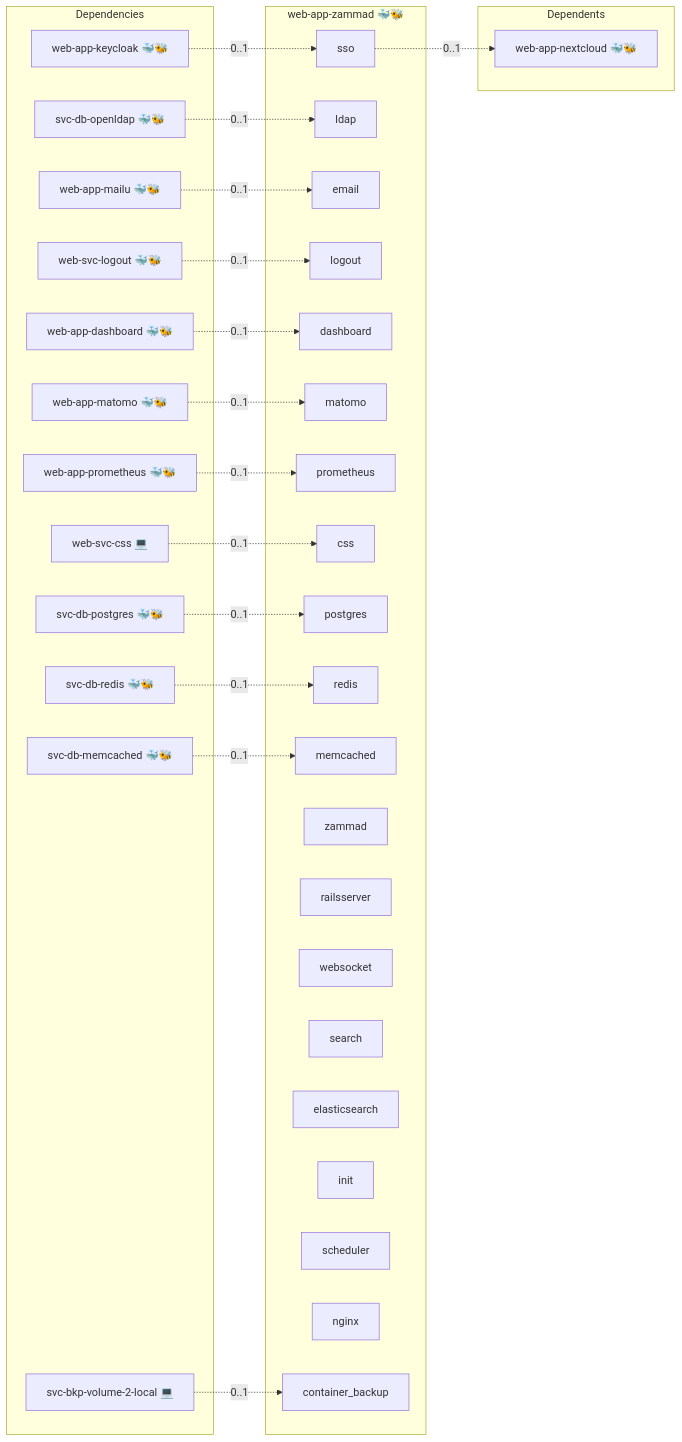
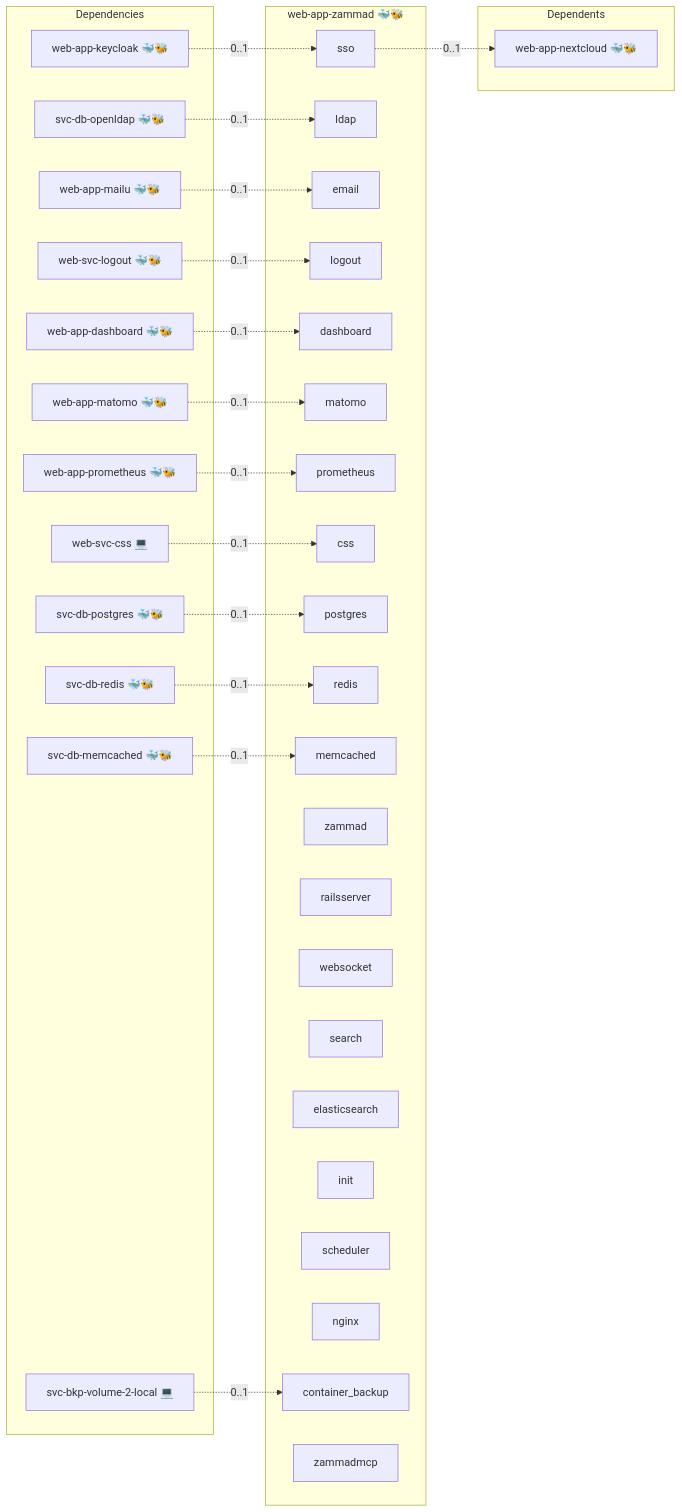
Before and after one commit to infinito-nexus/core: the diagram in roles/web-app-zammad/README.md, drawn with Mermaid. The commit also changed 142 other files, not shown here.

````diff
--- a/roles/web-app-zammad/README.md
+++ b/roles/web-app-zammad/README.md
@@ -15,55 +15,56 @@
 ```mermaid
 flowchart LR
     subgraph deps [Dependencies]
         dep_svc_bkp_volume_2_local["svc-bkp-volume-2-local 💻"]
         dep_svc_db_memcached["svc-db-memcached 🐳🐝"]
         dep_svc_db_openldap["svc-db-openldap 🐳🐝"]
         dep_svc_db_postgres["svc-db-postgres 🐳🐝"]
         dep_svc_db_redis["svc-db-redis 🐳🐝"]
         dep_web_app_dashboard["web-app-dashboard 🐳🐝"]
         dep_web_app_keycloak["web-app-keycloak 🐳🐝"]
         dep_web_app_mailu["web-app-mailu 🐳🐝"]
         dep_web_app_matomo["web-app-matomo 🐳🐝"]
         dep_web_app_prometheus["web-app-prometheus 🐳🐝"]
         dep_web_svc_css["web-svc-css 💻"]
         dep_web_svc_logout["web-svc-logout 🐳🐝"]
     end
     subgraph role [web-app-zammad 🐳🐝]
         svc_sso["sso"]
         svc_ldap["ldap"]
         svc_email["email"]
         svc_logout["logout"]
         svc_dashboard["dashboard"]
         svc_matomo["matomo"]
         svc_prometheus["prometheus"]
         svc_css["css"]
         svc_postgres["postgres"]
         svc_redis["redis"]
         svc_memcached["memcached"]
         svc_zammad["zammad"]
         svc_railsserver["railsserver"]
         svc_websocket["websocket"]
         svc_search["search"]
         svc_elasticsearch["elasticsearch"]
         svc_init["init"]
         svc_scheduler["scheduler"]
         svc_nginx["nginx"]
         svc_container_backup["container_backup"]
+        svc_zammadmcp["zammadmcp"]
     end
     subgraph dependents [Dependents]
         dpt_web_app_nextcloud["web-app-nextcloud 🐳🐝"]
     end
     dep_svc_bkp_volume_2_local -. "0..1" .-> svc_container_backup
     dep_svc_db_memcached -. "0..1" .-> svc_memcached
     dep_svc_db_openldap -. "0..1" .-> svc_ldap
     dep_svc_db_postgres -. "0..1" .-> svc_postgres
     dep_svc_db_redis -. "0..1" .-> svc_redis
     dep_web_app_dashboard -. "0..1" .-> svc_dashboard
     dep_web_app_keycloak -. "0..1" .-> svc_sso
     dep_web_app_mailu -. "0..1" .-> svc_email
     dep_web_app_matomo -. "0..1" .-> svc_matomo
     dep_web_app_prometheus -. "0..1" .-> svc_prometheus
     dep_web_svc_css -. "0..1" .-> svc_css
     dep_web_svc_logout -. "0..1" .-> svc_logout
     svc_sso -. "0..1" .-> dpt_web_app_nextcloud
 ```
````
